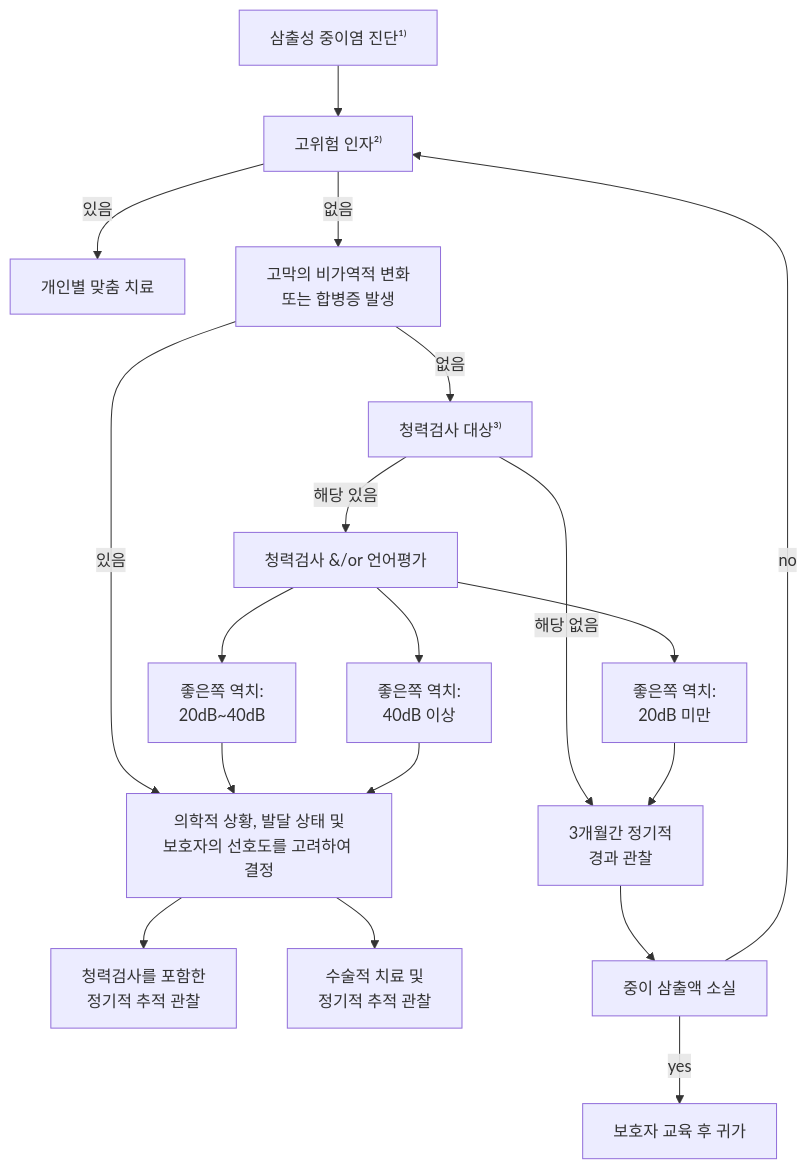
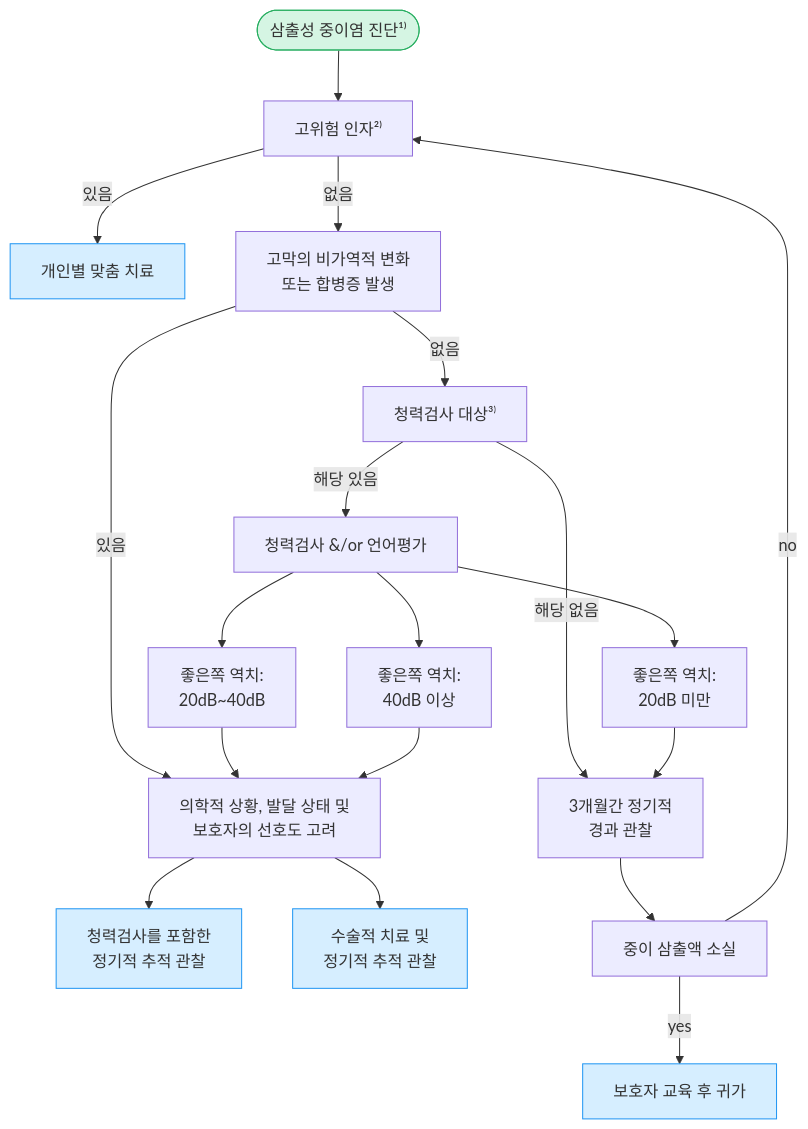
The fourth of 4 diagrams in 222_/048_-otitis-media.md (familyoh77/familyoh77), drawn with Mermaid before and after one commit. The commit also changed other lines of this file, not shown here.

````diff
--- a/222_/048_-otitis-media.md
+++ b/222_/048_-otitis-media.md
@@ -615,34 +608,28 @@
 ```mermaid
 graph TD
-    Start["삼출성 중이염 진단¹⁾"]
+    Start(["삼출성 중이염 진단¹⁾"])
     Risk["고위험 인자²⁾"]
     Start --> Risk
-    
     Risk -- 있음 --> Custom["개인별 맞춤 치료"]
-    
     Risk -- 없음 --> Irreversible["고막의 비가역적 변화<br/>또는 합병증 발생"]
-    
-    Irreversible -- 있음 --> Decision["의학적 상황, 발달 상태 및<br/>보호자의 선호도를 고려하여 결정"]
-    
+    Irreversible -- 있음 --> Decision["의학적 상황, 발달 상태 및<br/>보호자의 선호도 고려"]
     Irreversible -- 없음 --> Target["청력검사 대상³⁾"]
-    
     Target -- 해당 없음 --> Observation["3개월간 정기적<br/>경과 관찰"]
-    
     Target -- 해당 있음 --> Evaluation["청력검사 &/or 언어평가"]
-    
     Evaluation --> Result1["좋은쪽 역치:<br/>20dB 미만"]
     Evaluation --> Result2["좋은쪽 역치:<br/>20dB~40dB"]
     Evaluation --> Result3["좋은쪽 역치:<br/>40dB 이상"]
-    
     Result1 --> Observation
     Result2 --> Decision
     Result3 --> Decision
-    
     Decision --> Plan1["청력검사를 포함한<br/>정기적 추적 관찰"]
     Decision --> Plan2["수술적 치료 및<br/>정기적 추적 관찰"]
-    
     Observation --> Disappear["중이 삼출액 소실"]
-    
     Disappear -- yes --> Home["보호자 교육 후 귀가"]
     Disappear -- no --> Risk
+    
+style Start    fill:#d5f5e3,stroke:#27ae60
+classDef sky fill:#d6eeff,stroke:#2196f3
+class Custom,Plan1,Plan2,Home sky
+    
 ```
````
